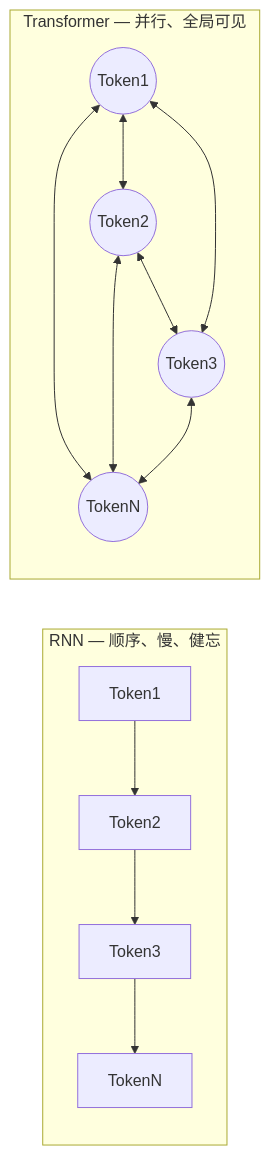
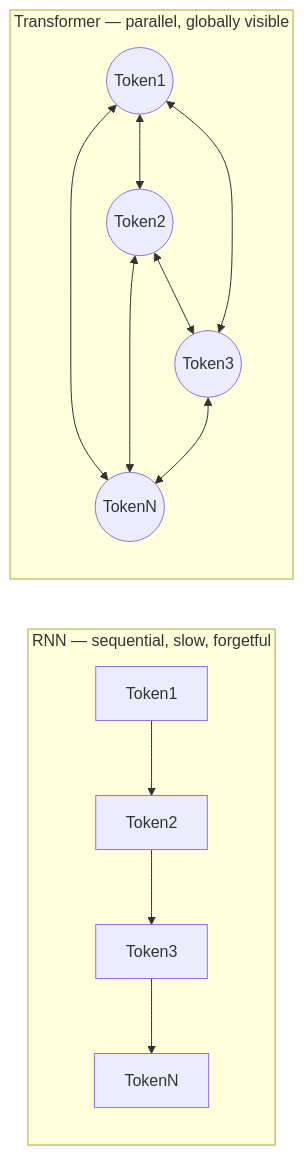
The second of 23 diagrams in docs/diagrams.md (Alas129/transformer-playground), drawn with Mermaid before and after one commit. The commit also changed other lines of this file, not shown here.

Commit message:
updated diagrams

````diff
--- a/docs/diagrams.md
+++ b/docs/diagrams.md
@@ -42,14 +54,14 @@
 ```mermaid
 flowchart LR
-    subgraph RNN["RNN — 顺序、慢、健忘"]
+    subgraph RNN["RNN — sequential, slow, forgetful"]
         t1[Token1] --> t2[Token2] --> t3[Token3] --> t4[TokenN]
     end
-    subgraph TF["Transformer — 并行、全局可见"]
+    subgraph TF["Transformer — parallel, globally visible"]
         s1((Token1)) <--> s2((Token2))
         s2 <--> s3((Token3))
         s1 <--> s3
         s1 <--> s4((TokenN))
         s2 <--> s4
         s3 <--> s4
     end
 ```
````
